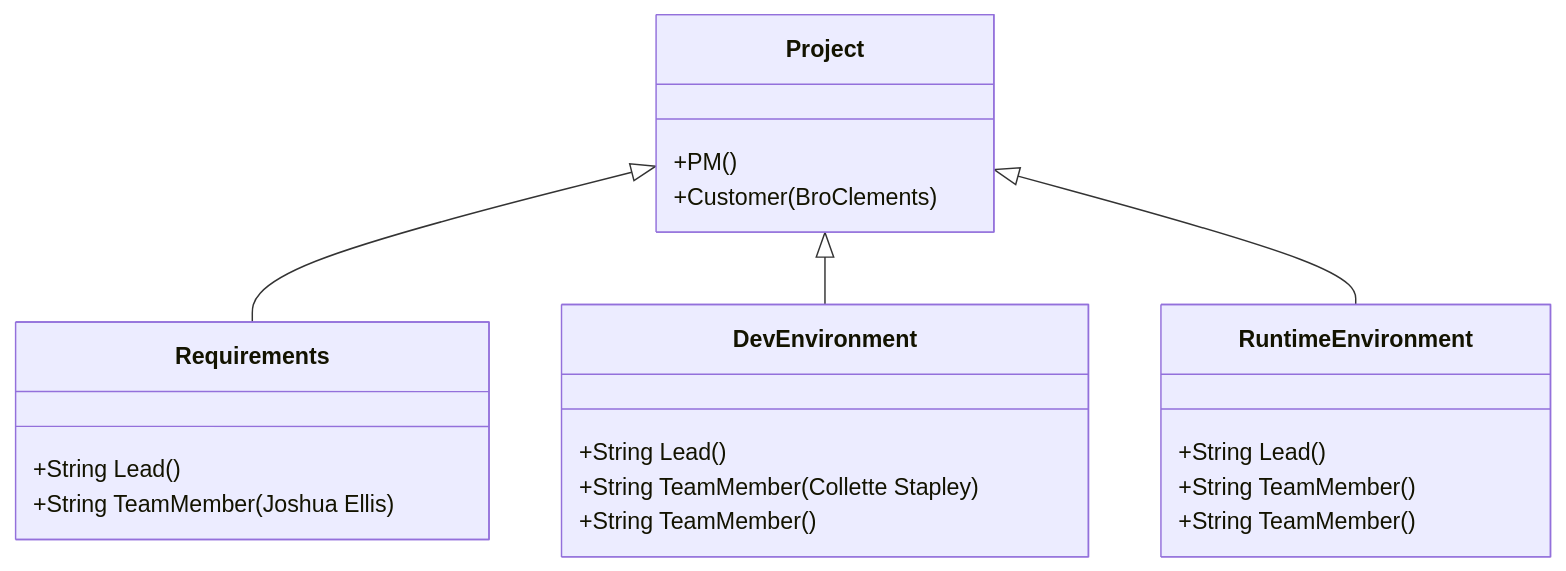
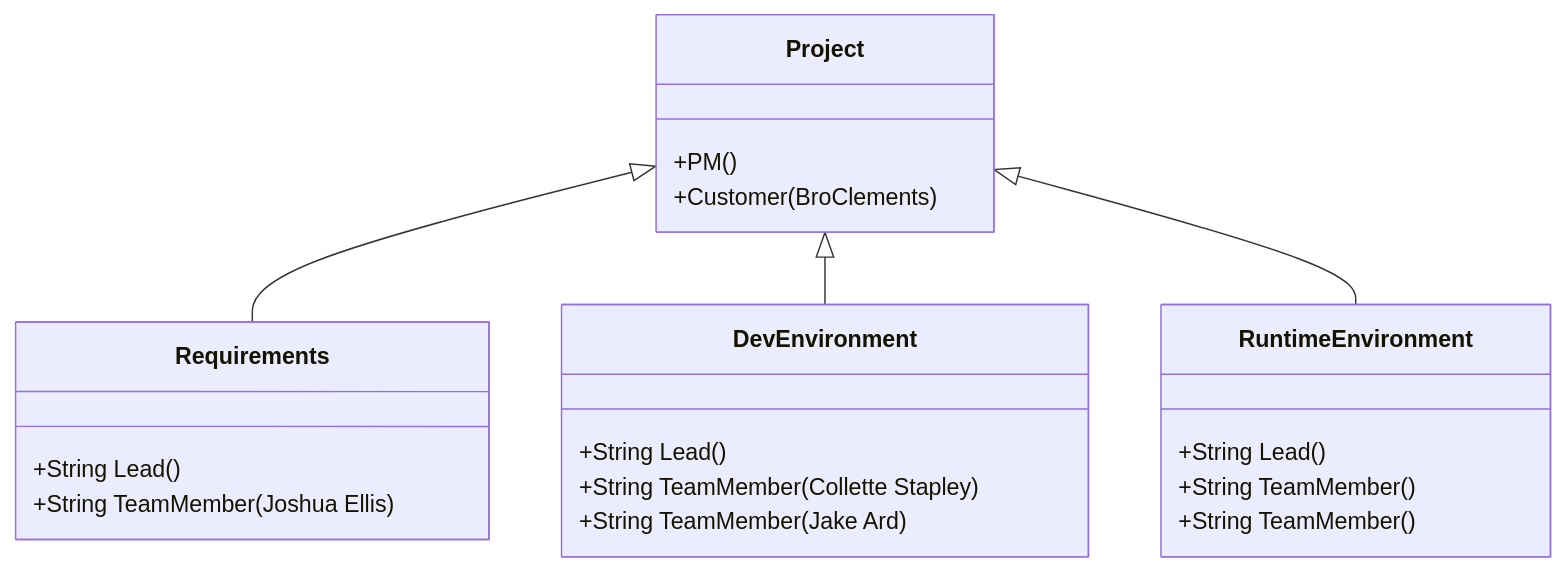
Before and after one commit to anrj2/2024SprCSE397PCP: the first of 2 diagrams in project/org/OrganizationChart.md, drawn with Mermaid. The commit also changed other lines of this file, not shown here.

````diff
--- a/project/org/OrganizationChart.md
+++ b/project/org/OrganizationChart.md
@@ -2,23 +2,23 @@
 ```mermaid
 classDiagram
       Project <|-- Requirements
       Project <|-- DevEnvironment
       Project <|-- RuntimeEnvironment
       Project : +PM()
       Project : +Customer(BroClements)
       class Requirements{
           +String Lead()
           +String TeamMember(Joshua Ellis)
 
       }
       class DevEnvironment{
           +String Lead()
           +String TeamMember(Collette Stapley)
-          +String TeamMember()
+          +String TeamMember(Jake Ard)
       }
       class RuntimeEnvironment{
           +String Lead()
           +String TeamMember()
           +String TeamMember()
       }
 ```
````
